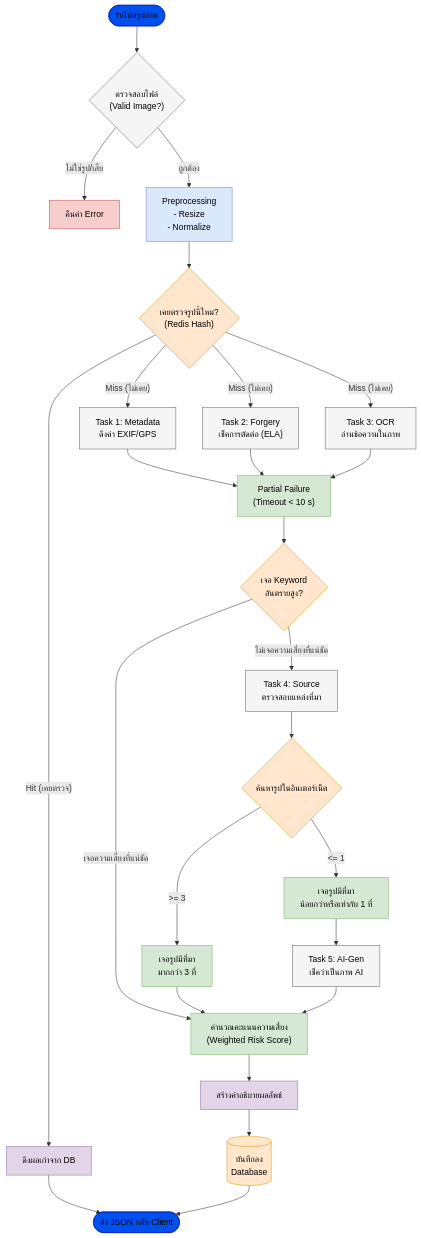
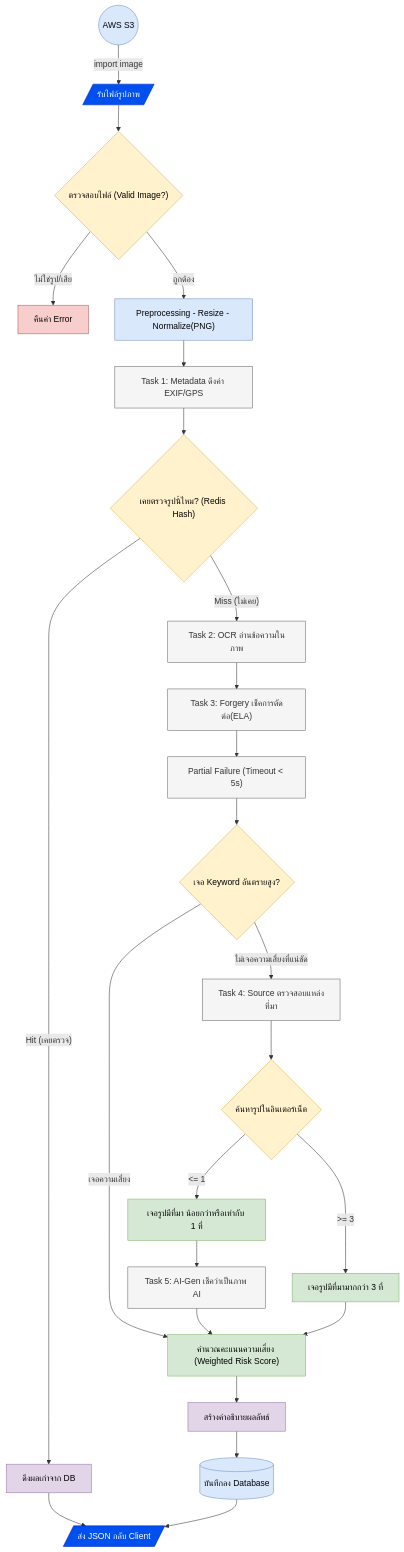
The second of 2 diagrams in diagram/flowchart.md (Panuwat-ta/project), drawn with Mermaid before and after one commit. The commit also changed other lines of this file and 3 other files, not shown here.

Commit message:
docs: update system logic and user flow diagrams in XML and Markdown formats.

````diff
--- a/diagram/flowchart.md
+++ b/diagram/flowchart.md
@@ -94,82 +67,52 @@
 ```mermaid
-flowchart TD
-    %% การตั้งค่า Class สีต่างๆ (บังคับข้อความสีดำ color:black)
-    classDef blueFill fill:#dae8fc,stroke:#6c8ebf,color:black
-    classDef darkBlueFill fill:#0050ef,stroke:#001DBC,color:black
-    classDef greyFill fill:#f5f5f5,stroke:#666666,color:black
-    classDef redFill fill:#f8cecc,stroke:#b85450,color:black
-    classDef orangeFill fill:#ffe6cc,stroke:#d79b00,color:black
-    classDef greenFill fill:#d5e8d4,stroke:#82b366,color:black
-    classDef purpleFill fill:#e1d5e7,stroke:#9673a6,color:black
+graph TD
+    AWS((AWS S3)) -- "import image" --> Input[/รับไฟล์รูปภาพ/]
+    Input --> Validate{"ตรวจสอบไฟล์ (Valid Image?)"}
+    
+    Validate -- "ไม่ใช่รูป/เสีย" --> Reject[คืนค่า Error]
+    Validate -- "ถูกต้อง" --> Preprocess["Preprocessing - Resize - Normalize(PNG)"]
+    
+    Preprocess --> Task1["Task 1: Metadata ดึงค่า EXIF/GPS"]
+    Task1 --> Cache{"เคยตรวจรูปนี้ไหม? (Redis Hash)"}
+    
+    Cache -- "Hit (เคยตรวจ)" --> RetCache[ดึงผลเก่าจาก DB]
+    RetCache --> Output[/ส่ง JSON กลับ Client/]
+    
+    Cache -- "Miss (ไม่เคย)" --> Task2["Task 2: OCR อ่านข้อความในภาพ"]
+    Task2 --> Task3["Task 3: Forgery เช็คการตัดต่อ(ELA)"]
+    Task3 --> PartialFail["Partial Failure (Timeout < 5s)"]
+    
+    PartialFail --> Keyword{"เจอ Keyword อันตรายสูง?"}
+    
+    Keyword -- "เจอความเสี่ยง" --> Calc
+    Keyword -- "ไม่เจอความเสี่ยงที่แน่ชัด" --> Task4["Task 4: Source ตรวจสอบแหล่งที่มา"]
+    
+    Task4 --> Search{ค้นหารูปในอินเตอร์เน็ต}
+    Search -- ">= 3" --> LowRisk[เจอรูปมีที่มามากกว่า 3 ที่]
+    Search -- "<= 1" --> HighRisk["เจอรูปมีที่มา น้อยกว่าหรือเท่ากับ 1 ที่"]
+    
+    HighRisk --> Task5["Task 5: AI-Gen เช็คว่าเป็นภาพ AI"]
+    Task5 --> Calc
+    LowRisk --> Calc
+    
+    Calc["คำนวณคะแนนความเสี่ยง (Weighted Risk Score)"] --> Gen[สร้างคำอธิบายผลลัพธ์]
+    Gen --> DB[("บันทึกลง Database")]
+    DB --> Output
 
-    %% Nodes (โหนดต่างๆ)
-    Start(["รับไฟล์รูปภาพ"])
-    Validate{"ตรวจสอบไฟล์<br>(Valid Image?)"}
-    Reject["คืนค่า Error"]
-    Process["Preprocessing<br>- Resize<br>- Normalize"]
-    Cache{"เคยตรวจรูปนี้ไหม?<br>(Redis Hash)"}
-    RetCache["ดึงผลเก่าจาก DB"]
-    
-    %% Parallel Tasks Group
-    T1["Task 1: Metadata<br>ดึงค่า EXIF/GPS"]
-    T2["Task 2: Forgery<br>เช็คการตัดต่อ (ELA)"]
-    T3["Task 3: OCR<br>อ่านข้อความในภาพ"]
-    
-    Partial["Partial Failure<br>(Timeout < 10 s)"]
-    CheckKey{"เจอ Keyword<br>อันตรายสูง?"}
-    
-    T4["Task 4: Source<br>ตรวจสอบแหล่งที่มา"]
-    SearchNet{"ค้นหารูปในอินเตอร์เน็ต"}
-    
-    FoundMany["เจอรูปมีที่มา<br>มากกว่า 3 ที่"]
-    FoundFew["เจอรูปมีที่มา<br>น้อยกว่าหรือเท่ากับ 1 ที่"]
-    
-    T5["Task 5: AI-Gen<br>เช็คว่าเป็นภาพ AI"]
-    
-    Calc["คำนวณคะแนนความเสี่ยง<br>(Weighted Risk Score)"]
-    Gen["สร้างคำอธิบายผลลัพธ์"]
-    DB[("บันทึกลง<br>Database")]
-    EndNode(["ส่ง JSON กลับ Client"])
+    %% Styling
+    classDef blue fill:#0050ef,stroke:#001DBC,color:#fff
+    classDef green fill:#d5e8d4,stroke:#82b366,color:#000
+    classDef yellow fill:#fff2cc,stroke:#d6b656,color:#000
+    classDef purple fill:#e1d5e7,stroke:#9673a6,color:#000
+    classDef cloud fill:#dae8fc,stroke:#6c8ebf,color:#000
+    classDef red fill:#f8cecc,stroke:#b85450,color:#000
+    classDef grey fill:#f5f5f5,stroke:#666666,color:#333
 
-    %% Connections (เส้นเชื่อมโยง)
-    Start --> Validate
-    Validate -- "ไม่ใช่รูป/เสีย" --> Reject
-    Validate -- "ถูกต้อง" --> Process
-    Process --> Cache
-    
-    Cache -- "Hit (เคยตรวจ)" --> RetCache
-    RetCache --> EndNode
-    
-    %% Miss Case (Parallel Processing)
-    Cache -- "Miss (ไม่เคย)" --> T1 & T2 & T3
-    
-    T1 & T2 & T3 --> Partial
-    Partial --> CheckKey
-    
-    %% Logic Checks
-    CheckKey -- "เจอความเสี่ยงที่แน่ชัด" --> Calc
-    CheckKey -- "ไม่เจอความเสี่ยงที่แน่ชัด" --> T4
-    
-    T4 --> SearchNet
-    
-    SearchNet -- ">= 3" --> FoundMany
-    FoundMany --> Calc
-    
-    SearchNet -- "<= 1" --> FoundFew
-    FoundFew --> T5
-    T5 --> Calc
-    
-    %% Finalize
-    Calc --> Gen
-    Gen --> DB
-    DB --> EndNode
-
-    %% การใส่สีให้กับ Nodes
-    class Start,EndNode darkBlueFill
-    class Validate,T1,T2,T3,T5,T4 greyFill
-    class Reject redFill
-    class Process blueFill
-    class Cache,SearchNet,CheckKey,DB orangeFill
-    class RetCache,Gen purpleFill
-    class Partial,Calc,FoundMany,FoundFew greenFill
+    class Input,Output,MergeNode1,MergeNode2 blue
+    class Calc,LowRisk,HighRisk green
+    class Validate,Cache,Keyword,Search yellow
+    class RetCache,Gen purple
+    class AWS,DB,Preprocess cloud
+    class Reject red
+    class Task1,Task2,Task3,Task4,Task5,PartialFail grey
 ```
````
